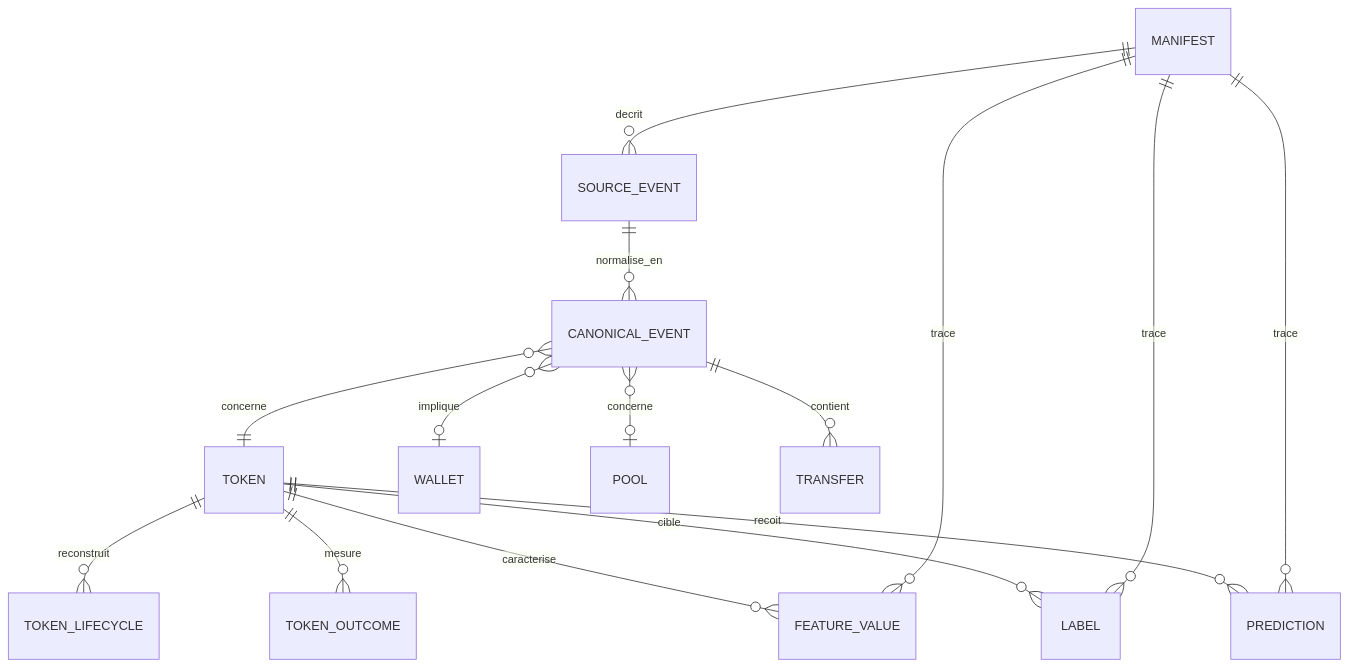
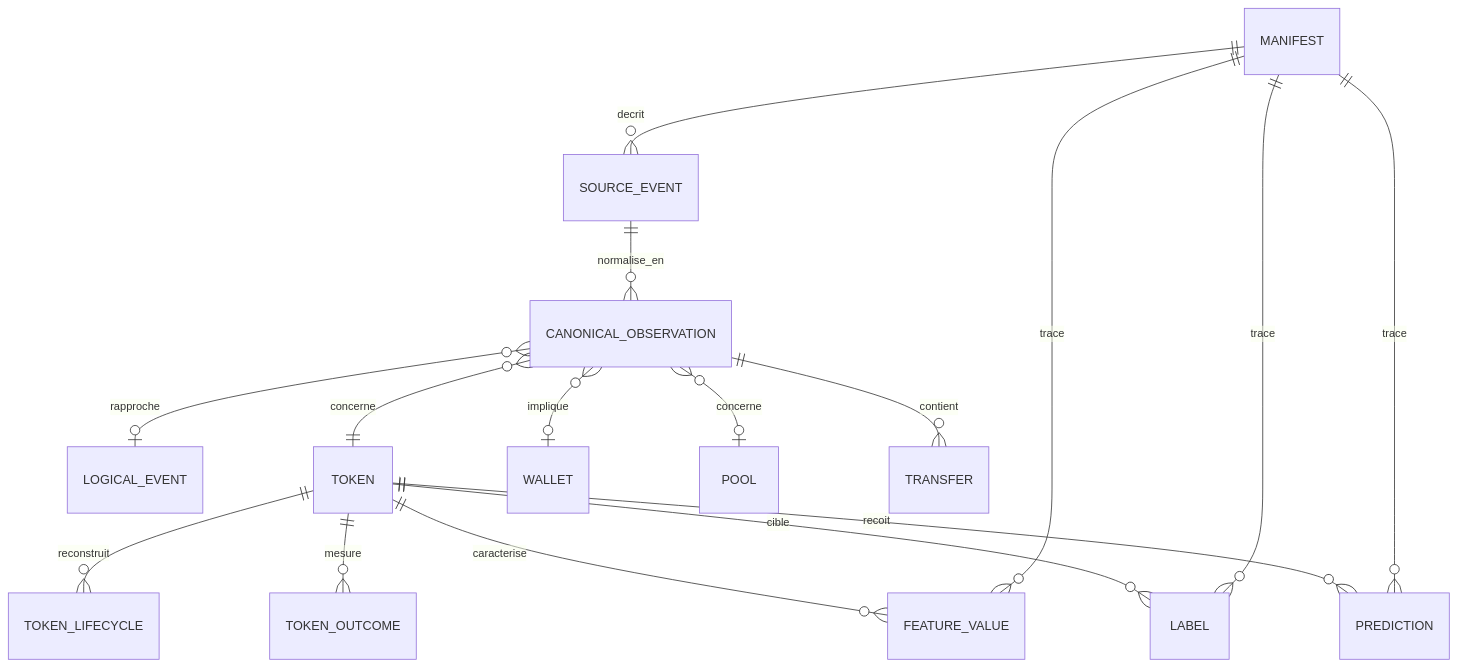
The diagram in docs/rfc/RFC-003-modele-canonique-des-donnees.md (ltixier2/atlaspump), drawn with Mermaid before and after one commit. The commit also changed other lines of this file and 10 other files, not shown here.

````diff
--- a/docs/rfc/RFC-003-modele-canonique-des-donnees.md
+++ b/docs/rfc/RFC-003-modele-canonique-des-donnees.md
@@ -39,17 +39,18 @@
 ```mermaid
 erDiagram
   MANIFEST ||--o{ SOURCE_EVENT : decrit
-  SOURCE_EVENT ||--o{ CANONICAL_EVENT : normalise_en
-  CANONICAL_EVENT }o--|| TOKEN : concerne
-  CANONICAL_EVENT }o--o| WALLET : implique
-  CANONICAL_EVENT }o--o| POOL : concerne
-  CANONICAL_EVENT ||--o{ TRANSFER : contient
+  SOURCE_EVENT ||--o{ CANONICAL_OBSERVATION : normalise_en
+  CANONICAL_OBSERVATION }o--o| LOGICAL_EVENT : rapproche
+  CANONICAL_OBSERVATION }o--|| TOKEN : concerne
+  CANONICAL_OBSERVATION }o--o| WALLET : implique
+  CANONICAL_OBSERVATION }o--o| POOL : concerne
+  CANONICAL_OBSERVATION ||--o{ TRANSFER : contient
   TOKEN ||--o{ TOKEN_LIFECYCLE : reconstruit
   TOKEN ||--o{ TOKEN_OUTCOME : mesure
   TOKEN ||--o{ FEATURE_VALUE : caracterise
   TOKEN ||--o{ LABEL : cible
   TOKEN ||--o{ PREDICTION : recoit
   MANIFEST ||--o{ FEATURE_VALUE : trace
   MANIFEST ||--o{ LABEL : trace
   MANIFEST ||--o{ PREDICTION : trace
 ```
````
